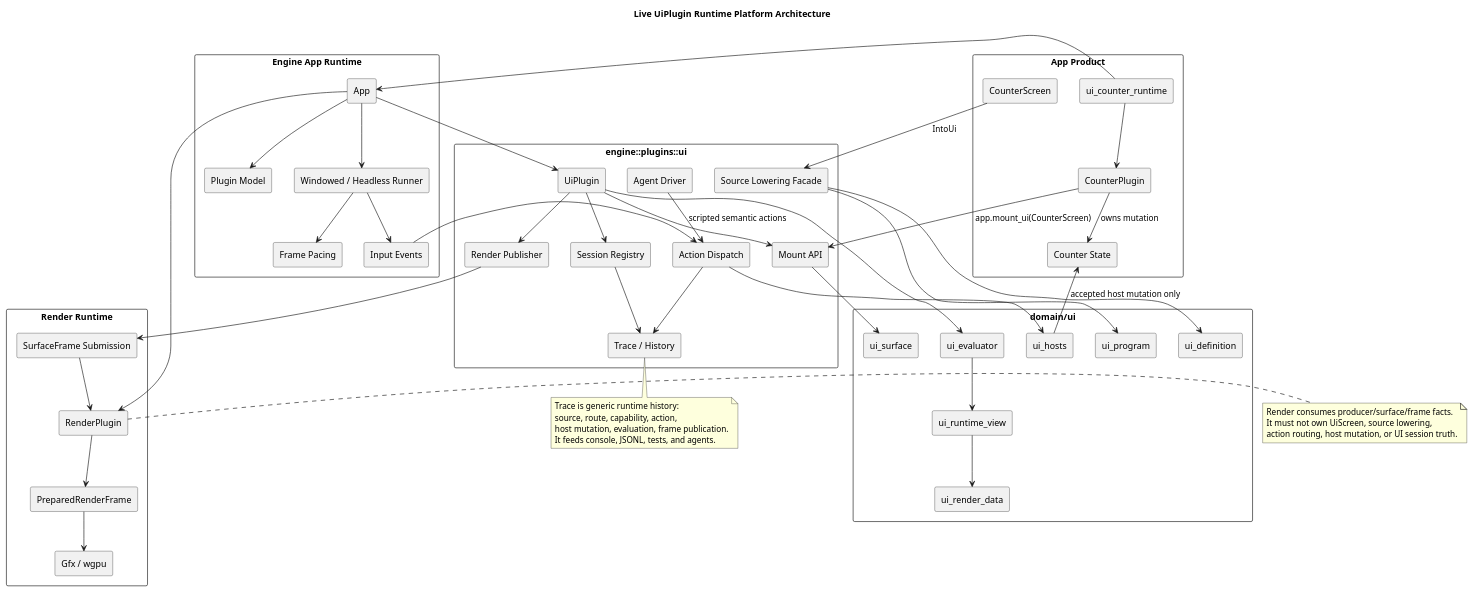
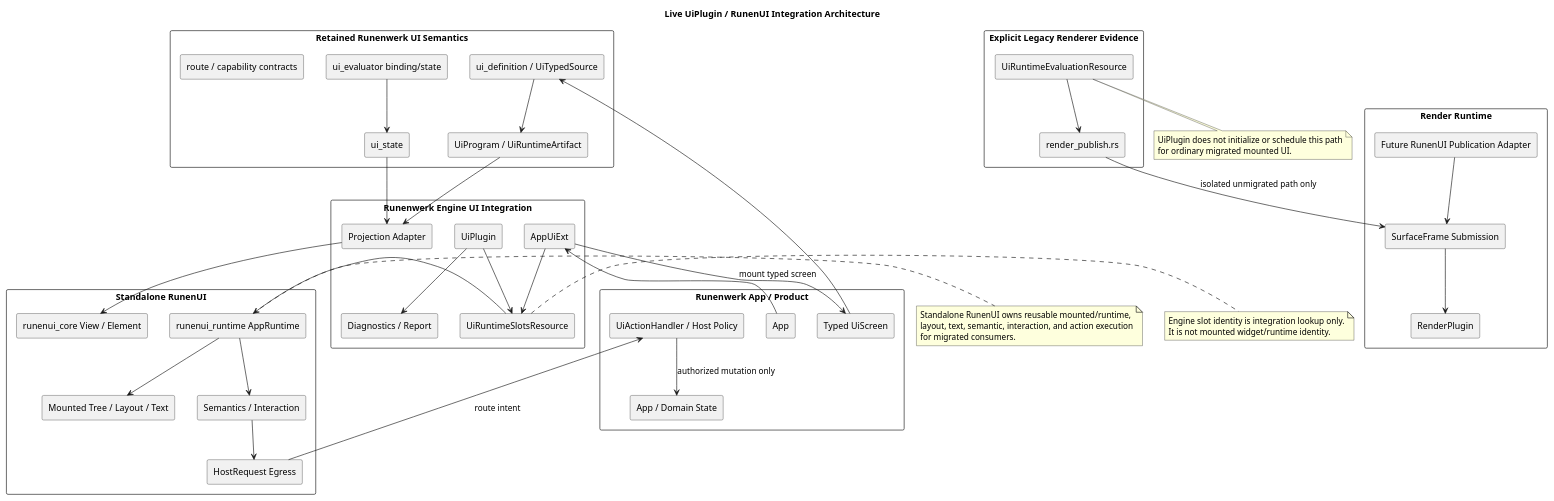
One commit to dornglut/runenwerk changed the diagram in docs-site/src/content/docs/architecture/diagrams/live-uiplugin-runtime-platform.puml. Above: the diagram before and after it, drawn with PlantUML. The commit also changed 18 other files, not shown here.

Commit message:
[UI][RunenUI U3] Cut Engine CounterScreen runtime authority to RunenUI

```diff
--- a/docs-site/src/content/docs/architecture/diagrams/live-uiplugin-runtime-platform.puml
+++ b/docs-site/src/content/docs/architecture/diagrams/live-uiplugin-runtime-platform.puml
@@ -1,94 +1,90 @@
 @startuml
-title Live UiPlugin Runtime Platform Architecture
+title Live UiPlugin / RunenUI Integration Architecture
 
 skinparam componentStyle rectangle
 skinparam packageStyle rectangle
 
-package "App Product" {
-  [ui_counter_runtime] as CounterApp
-  [CounterPlugin] as CounterPlugin
-  [CounterScreen] as CounterScreen
-  [Counter State] as CounterState
+package "Runenwerk App / Product" {
+  [App] as App
+  [Typed UiScreen] as Screen
+  [App / Domain State] as ProductState
+  [UiActionHandler / Host Policy] as HostPolicy
 }
 
-package "Engine App Runtime" {
-  [App] as App
-  [Plugin Model] as PluginModel
-  [Windowed / Headless Runner] as Runner
-  [Frame Pacing] as Pacing
-  [Input Events] as Input
+package "Runenwerk Engine UI Integration" {
+  [UiPlugin] as UiPlugin
+  [AppUiExt] as AppUiExt
+  [UiRuntimeSlotsResource] as Slots
+  [Projection Adapter] as Adapter
+  [Diagnostics / Report] as Diagnostics
 }
 
-package "engine::plugins::ui" {
-  [UiPlugin] as UiPlugin
-  [Mount API] as MountApi
-  [Session Registry] as SessionRegistry
-  [Source Lowering Facade] as SourceFacade
-  [Action Dispatch] as ActionDispatch
-  [Trace / History] as Trace
-  [Agent Driver] as AgentDriver
-  [Render Publisher] as Publisher
+package "Retained Runenwerk UI Semantics" {
+  [ui_definition / UiTypedSource] as Definition
+  [UiProgram / UiRuntimeArtifact] as Program
+  [ui_evaluator binding/state] as Evaluator
+  [ui_state] as State
+  [route / capability contracts] as Routes
 }
 
-package "domain/ui" {
-  [ui_definition] as Definition
-  [ui_program] as Program
-  [ui_surface] as Surface
-  [ui_hosts] as Hosts
-  [ui_evaluator] as Evaluator
-  [ui_runtime_view] as RuntimeView
-  [ui_render_data] as RenderData
+package "Standalone RunenUI" {
+  [runenui_core View / Element] as Core
+  [runenui_runtime AppRuntime] as Runtime
+  [Mounted Tree / Layout / Text] as Mounted
+  [Semantics / Interaction] as Interaction
+  [HostRequest Egress] as HostRequest
 }
 
 package "Render Runtime" {
+  [Future RunenUI Publication Adapter] as RenderAdapter
+  [SurfaceFrame Submission] as SurfaceFrame
   [RenderPlugin] as RenderPlugin
-  [SurfaceFrame Submission] as SurfaceFrame
-  [PreparedRenderFrame] as PreparedFrame
-  [Gfx / wgpu] as Gfx
 }
 
-CounterApp --> App
-CounterApp --> CounterPlugin
-CounterPlugin --> MountApi : app.mount_ui(CounterScreen)
-CounterPlugin --> CounterState : owns mutation
-CounterScreen --> SourceFacade : IntoUi
-App --> PluginModel
-App --> Runner
-App --> UiPlugin
-App --> RenderPlugin
-Runner --> Input
-Runner --> Pacing
-Input --> ActionDispatch
-AgentDriver --> ActionDispatch : scripted semantic actions
-UiPlugin --> MountApi
-UiPlugin --> SessionRegistry
-MountApi --> Surface
-SourceFacade --> Definition
-SourceFacade --> Program
-ActionDispatch --> Hosts
-Hosts --> CounterState : accepted host mutation only
-ActionDispatch --> Trace
-SessionRegistry --> Trace
-UiPlugin --> Evaluator
-Evaluator --> RuntimeView
-RuntimeView --> RenderData
-UiPlugin --> Publisher
-Publisher --> SurfaceFrame
+package "Explicit Legacy Renderer Evidence" {
+  [UiRuntimeEvaluationResource] as LegacyEval
+  [render_publish.rs] as LegacyPublish
+}
+
+App --> AppUiExt
+AppUiExt --> Screen : mount typed screen
+AppUiExt --> Slots
+UiPlugin --> Slots
+UiPlugin --> Diagnostics
+
+Screen --> Definition
+Definition --> Program
+Program --> Adapter
+Evaluator --> State
+State --> Adapter
+Adapter --> Core
+Slots --> Runtime
+Runtime --> Mounted
+Runtime --> Interaction
+Interaction --> HostRequest
+HostRequest --> HostPolicy : route intent
+HostPolicy --> ProductState : authorized mutation only
+
+RenderAdapter --> SurfaceFrame
 SurfaceFrame --> RenderPlugin
-RenderPlugin --> PreparedFrame
-PreparedFrame --> Gfx
 
-note right of RenderPlugin
-Render consumes producer/surface/frame facts.
-It must not own UiScreen, source lowering,
-action routing, host mutation, or UI session truth.
+LegacyEval --> LegacyPublish
+LegacyPublish --> SurfaceFrame : isolated unmigrated path only
+
+note right of Runtime
+Standalone RunenUI owns reusable mounted/runtime,
+layout, text, semantic, interaction, and action execution
+for migrated consumers.
 end note
 
-note bottom of Trace
-Trace is generic runtime history:
-source, route, capability, action,
-host mutation, evaluation, frame publication.
-It feeds console, JSONL, tests, and agents.
+note right of Slots
+Engine slot identity is integration lookup only.
+It is not mounted widget/runtime identity.
+end note
+
+note bottom of LegacyEval
+UiPlugin does not initialize or schedule this path
+for ordinary migrated mounted UI.
 end note
 
 @enduml
```
